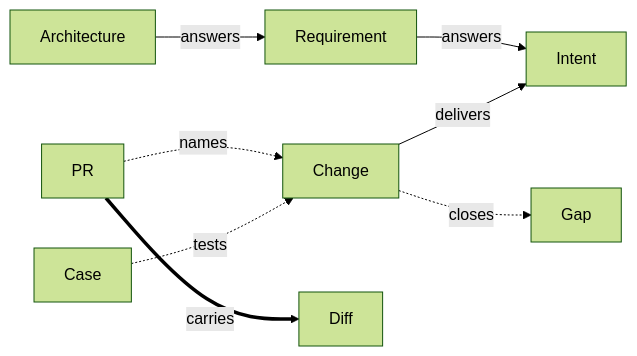
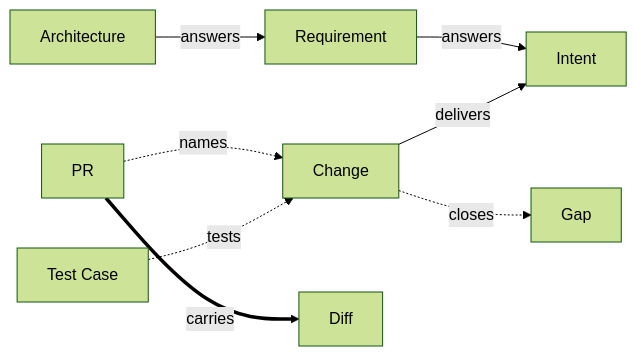
One commit to Kai-Hacks-AI/KAAL changed the diagram in engineering/metamodel/views/plan.md. Above: the diagram before and after it, drawn with Mermaid (forest theme). The commit also changed other lines of this file and 10 other files, not shown here.

First line of the commit message:
DO: Test Case is the domain object name in the model, the diagrams and the views (release/C71)

````diff
--- a/engineering/metamodel/views/plan.md
+++ b/engineering/metamodel/views/plan.md
@@ -12,10 +12,10 @@
 ```mermaid
 flowchart LR
   Change -->|delivers| Intent
   Requirement -->|answers| Intent
   Architecture -->|answers| Requirement
-  Case -.->|tests| Change
+  TestCase["Test Case"] -.->|tests| Change
   Change -.->|closes| Gap
   PR -.->|names| Change
   PR ==>|carries| Diff
 ```
````
